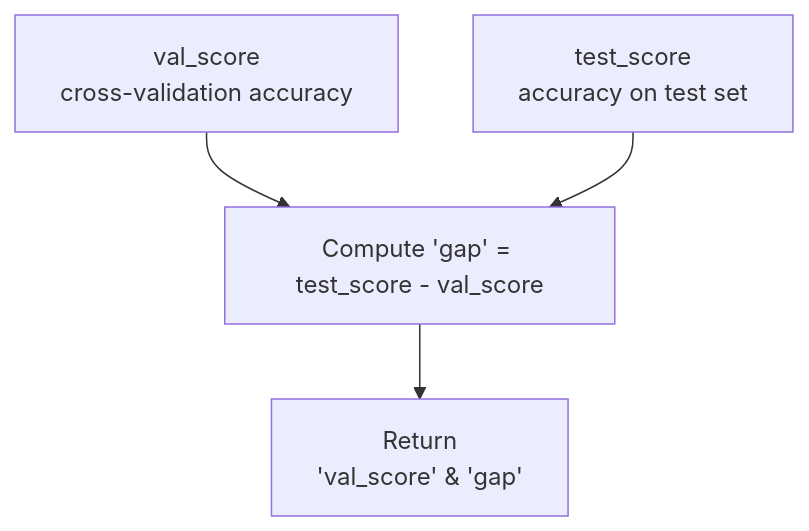
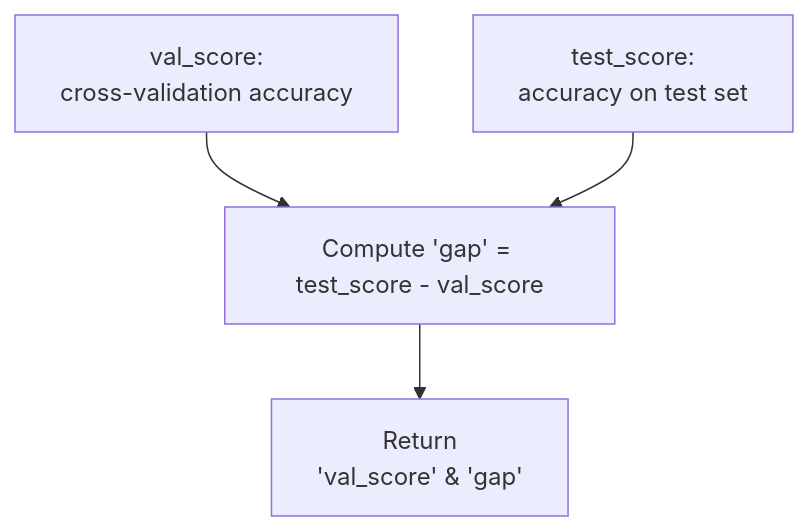
Before and after one commit to AlexDaPiggie/Titanic_Survival_Prediction: the second of 3 diagrams in README.md, drawn with Mermaid. The commit also changed other lines of this file, not shown here.

````diff
--- a/README.md
+++ b/README.md
@@ -139,10 +139,10 @@
 ```mermaid
 flowchart TD
-    val_score["val_score <br/> cross-validation accuracy"]
-    test_score["test_score <br/> accuracy on test set"]
+    val_score["val_score: <br/> cross-validation accuracy"]
+    test_score["test_score: <br/> accuracy on test set"]
     compute["Compute 'gap' = test_score - val_score"]
     return["Return <br/> 'val_score' & 'gap'"]
     val_score --> compute 
     test_score --> compute 
     compute --> return 
 ```
````
